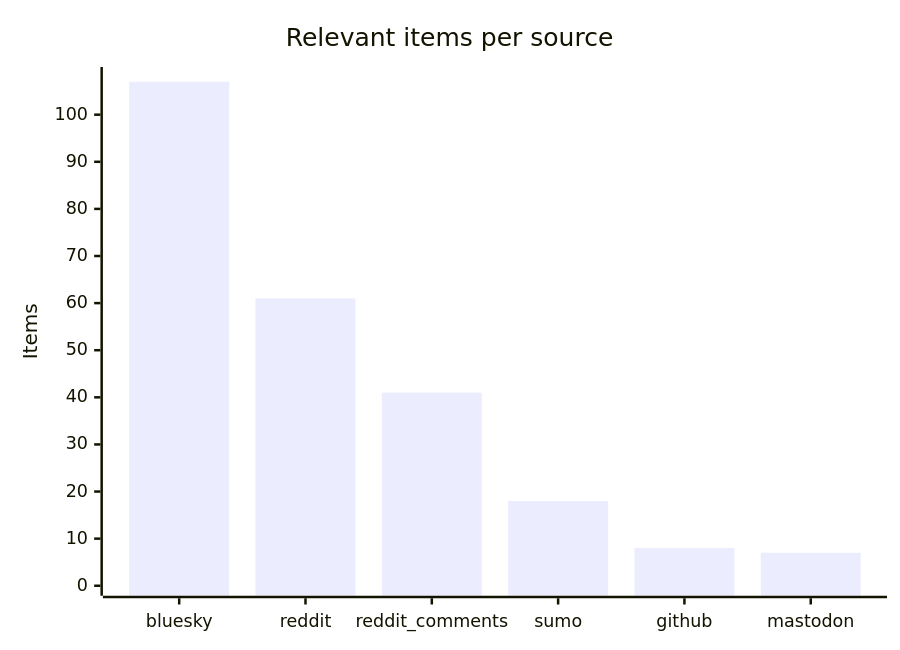
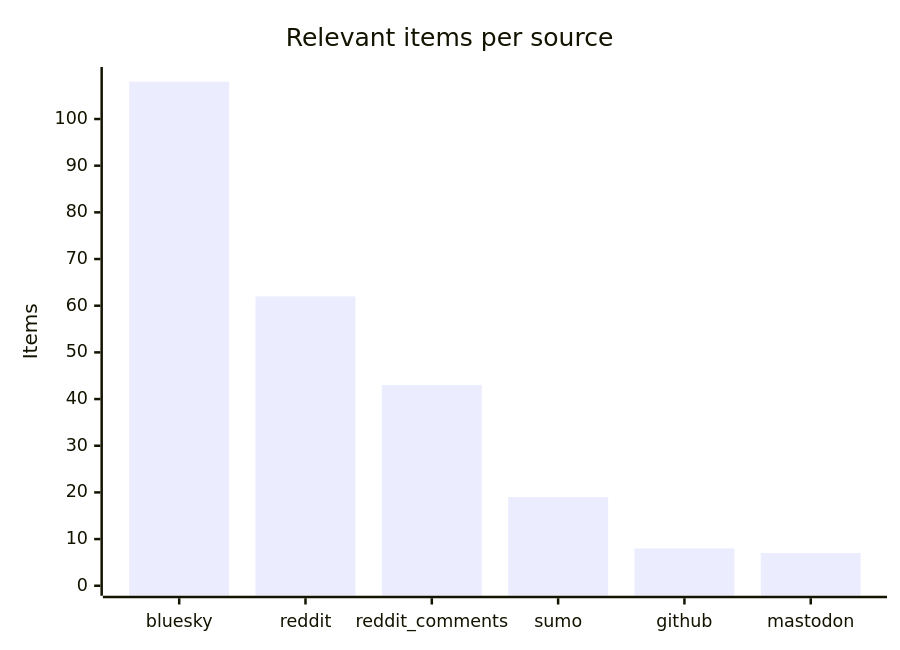
Before and after one commit to martinbalfanz/social-scanner-reports: the third of 4 diagrams in README.md, drawn with Mermaid. The commit also changed other lines of this file and 2 other files, not shown here.

````diff
--- a/README.md
+++ b/README.md
@@ -48,7 +48,7 @@
 ```mermaid
 xychart-beta
     title "Relevant items per source"
     x-axis ["bluesky", "reddit", "reddit_comments", "sumo", "github", "mastodon"]
-    y-axis "Items" 0 --> 108
-    bar [107, 61, 41, 18, 8, 7]
+    y-axis "Items" 0 --> 109
+    bar [108, 62, 43, 19, 8, 7]
 ```
````
